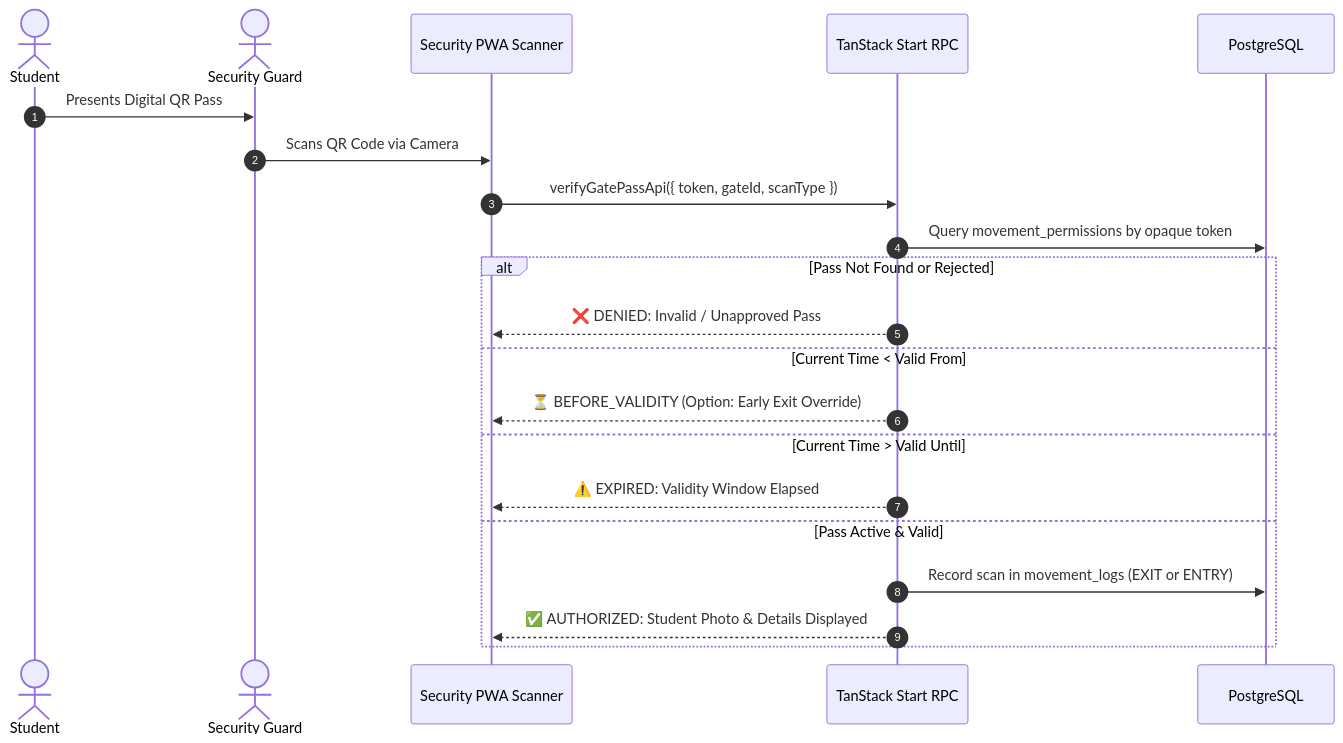
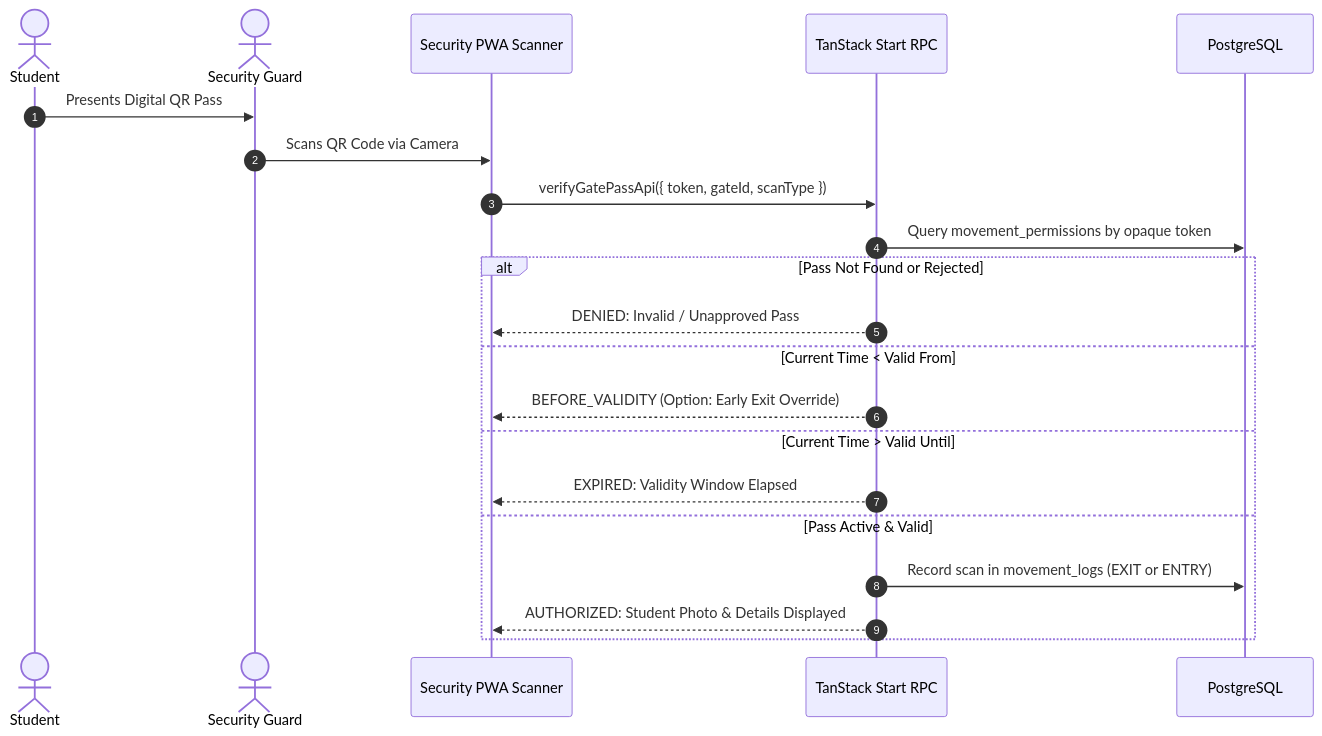
One commit to harsha-perfect-solutions/Campus-Patrol changed the first of 2 diagrams in README.md. Above: the diagram before and after it, drawn with Mermaid. The commit also changed other lines of this file and 57 other files, not shown here.

````diff
--- a/README.md
+++ b/README.md
@@ -127,24 +127,24 @@
 ```mermaid
 sequenceDiagram
     autonumber
     actor Student
     actor Guard as Security Guard
     participant Scanner as Security PWA Scanner
     participant Server as TanStack Start RPC
     participant DB as PostgreSQL
 
     Student->>Guard: Presents Digital QR Pass
     Guard->>Scanner: Scans QR Code via Camera
     Scanner->>Server: verifyGatePassApi({ token, gateId, scanType })
     Server->>DB: Query movement_permissions by opaque token
     alt Pass Not Found or Rejected
-        Server-->>Scanner: ❌ DENIED: Invalid / Unapproved Pass
+        Server-->>Scanner: DENIED: Invalid / Unapproved Pass
     else Current Time < Valid From
-        Server-->>Scanner: ⏳ BEFORE_VALIDITY (Option: Early Exit Override)
+        Server-->>Scanner: BEFORE_VALIDITY (Option: Early Exit Override)
     else Current Time > Valid Until
-        Server-->>Scanner: ⚠️ EXPIRED: Validity Window Elapsed
+        Server-->>Scanner: EXPIRED: Validity Window Elapsed
     else Pass Active & Valid
         Server->>DB: Record scan in movement_logs (EXIT or ENTRY)
-        Server-->>Scanner: ✅ AUTHORIZED: Student Photo & Details Displayed
+        Server-->>Scanner: AUTHORIZED: Student Photo & Details Displayed
     end
 ```
````
